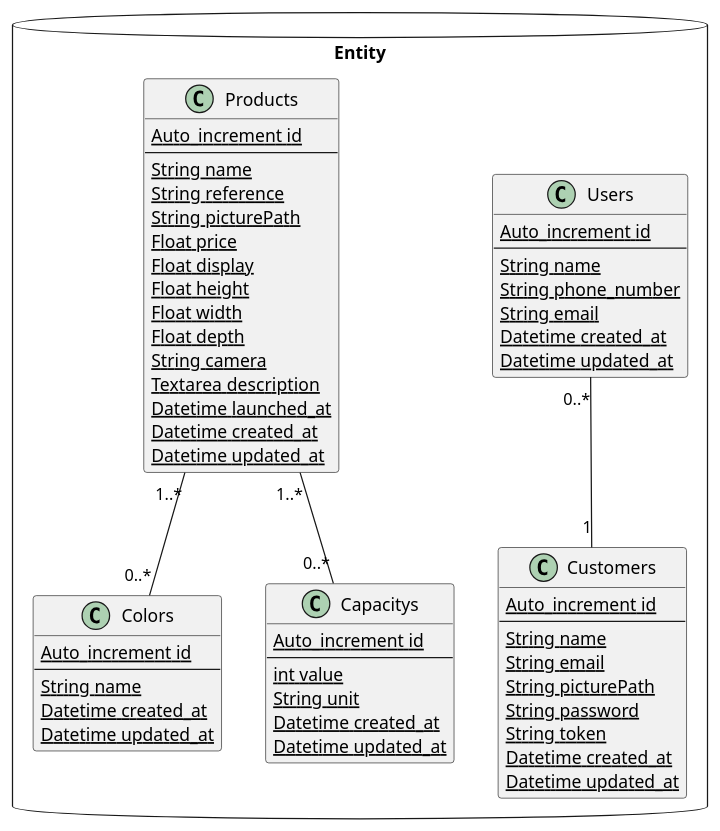
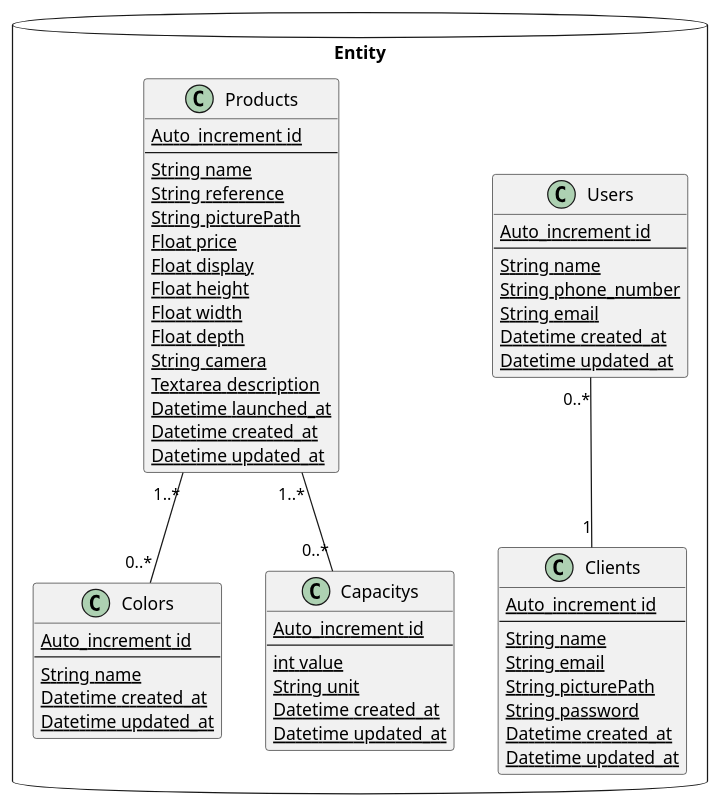
One commit to HaiseB/BileMo changed the diagram in uml/class.plantuml. Above: the diagram before and after it, drawn with PlantUML. The commit also changed 24 other files, not shown here.

```diff
--- a/uml/class.plantuml
+++ b/uml/class.plantuml
@@ -1,68 +1,67 @@
 @startuml class
 
 package Entity <<Database>> {
-    class Customers {
+    class Clients {
         {static} Auto_increment id
         --
         {static} String name
         {static} String email
         {static} String picturePath
         {static} String password
-        {static} String token
         {static} Datetime created_at
         {static} Datetime updated_at
     }
 
-    Users "0..*" -- "1" Customers
+    Users "0..*" -- "1" Clients
 
     class Users {
         {static} Auto_increment id
         --
         {static} String name
         {static} String phone_number
         {static} String email
         {static} Datetime created_at
         {static} Datetime updated_at
     }
 
     class Products {
         {static} Auto_increment id
         --
         {static} String name
         {static} String reference
         {static} String picturePath
         {static} Float price
         {static} Float display
         {static} Float height
         {static} Float width
         {static} Float depth
         {static} String camera
         {static} Textarea description
         {static} Datetime launched_at
         {static} Datetime created_at
         {static} Datetime updated_at
     }
 
     Products "1..*" -- "0..*" Colors
 
     class Colors {
         {static} Auto_increment id
         --
         {static} String name
         {static} Datetime created_at
         {static} Datetime updated_at
     }
 
     Products "1..*" -- "0..*" Capacitys
 
     class Capacitys {
         {static} Auto_increment id
         --
         {static} int value
         {static} String unit
         {static} Datetime created_at
         {static} Datetime updated_at
     }
 }
 
 @enduml
```
